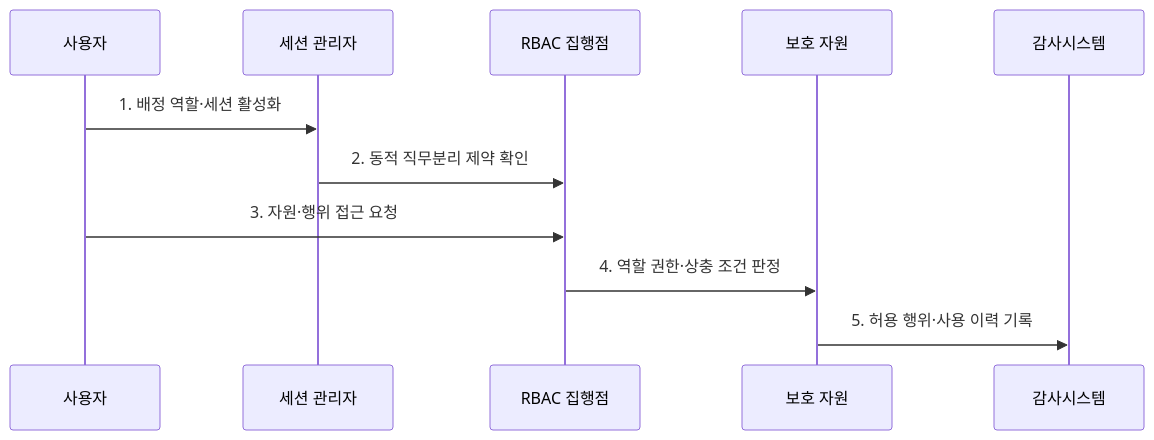
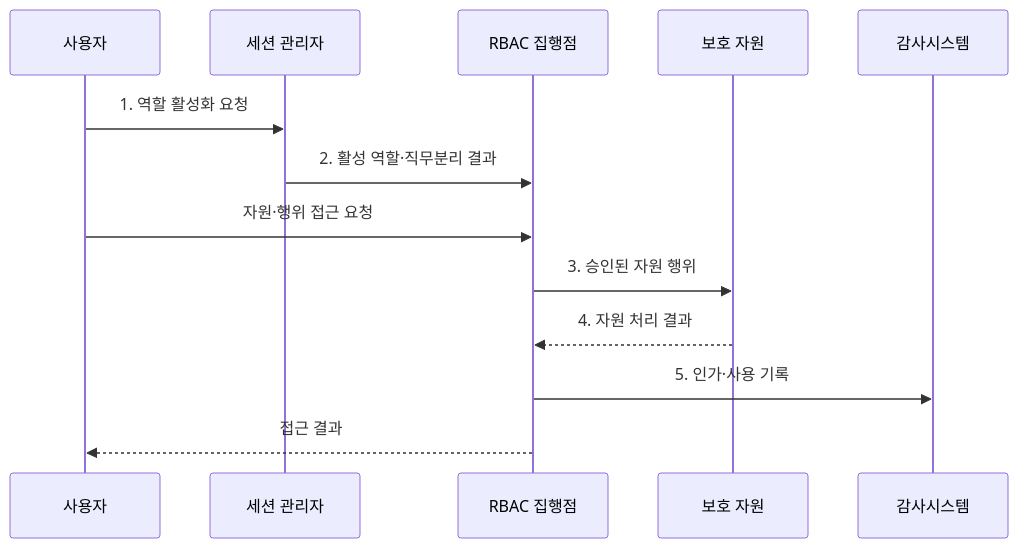
Before and after one commit to agnusdei1207/knowledge-base: the second of 2 diagrams in src/content/docs/notes/05-security/059_rbac.md, drawn with Mermaid. The commit also changed other lines of this file and 20 other files, not shown here.

````diff
--- a/src/content/docs/notes/05-security/059_rbac.md
+++ b/src/content/docs/notes/05-security/059_rbac.md
@@ -87,13 +87,15 @@
 ```mermaid
 sequenceDiagram
     participant U as 사용자
     participant S as 세션 관리자
     participant P as RBAC 집행점
     participant R as 보호 자원
     participant 감사시스템
-    U->>S: 1. 배정 역할·세션 활성화
-    S->>P: 2. 동적 직무분리 제약 확인
-    U->>P: 3. 자원·행위 접근 요청
-    P->>R: 4. 역할 권한·상충 조건 판정
-    R->>감사시스템: 5. 허용 행위·사용 이력 기록
+    U->>S: 1. 역할 활성화 요청
+    S->>P: 2. 활성 역할·직무분리 결과
+    U->>P: 자원·행위 접근 요청
+    P->>R: 3. 승인된 자원 행위
+    R-->>P: 4. 자원 처리 결과
+    P->>감사시스템: 5. 인가·사용 기록
+    P-->>U: 접근 결과
 ```
````
